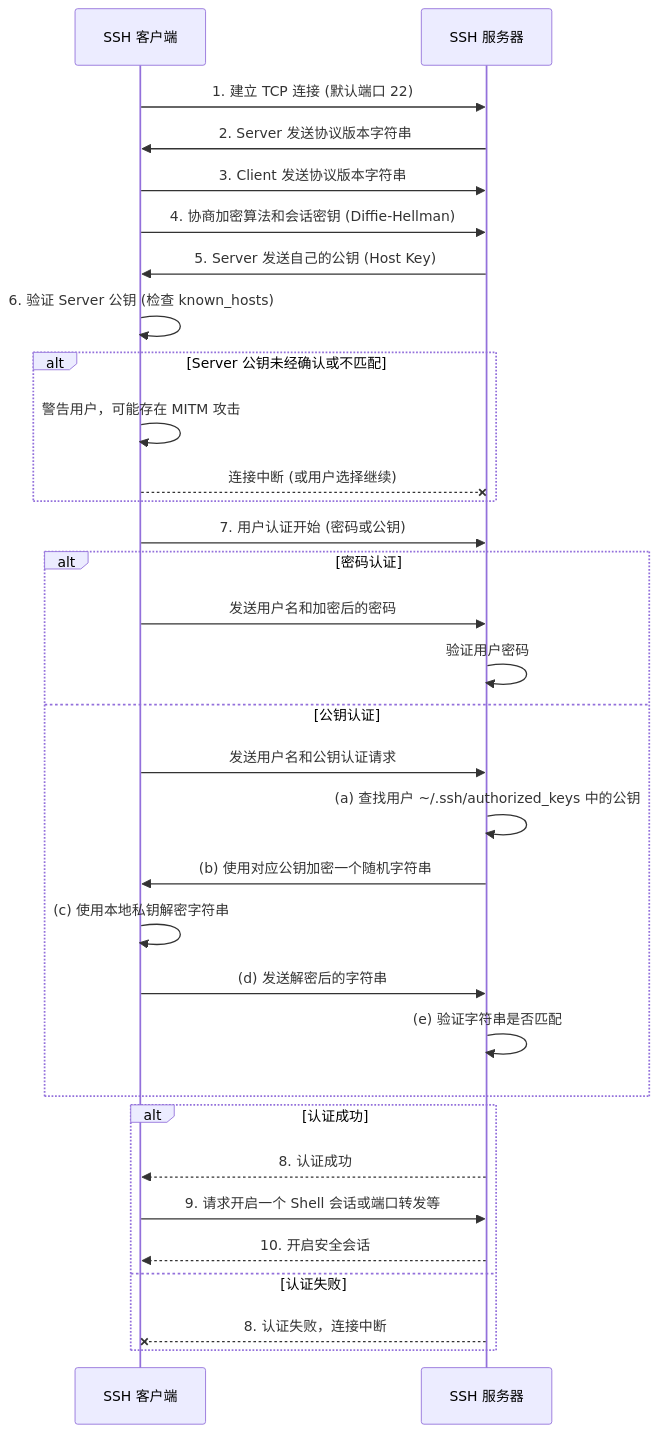
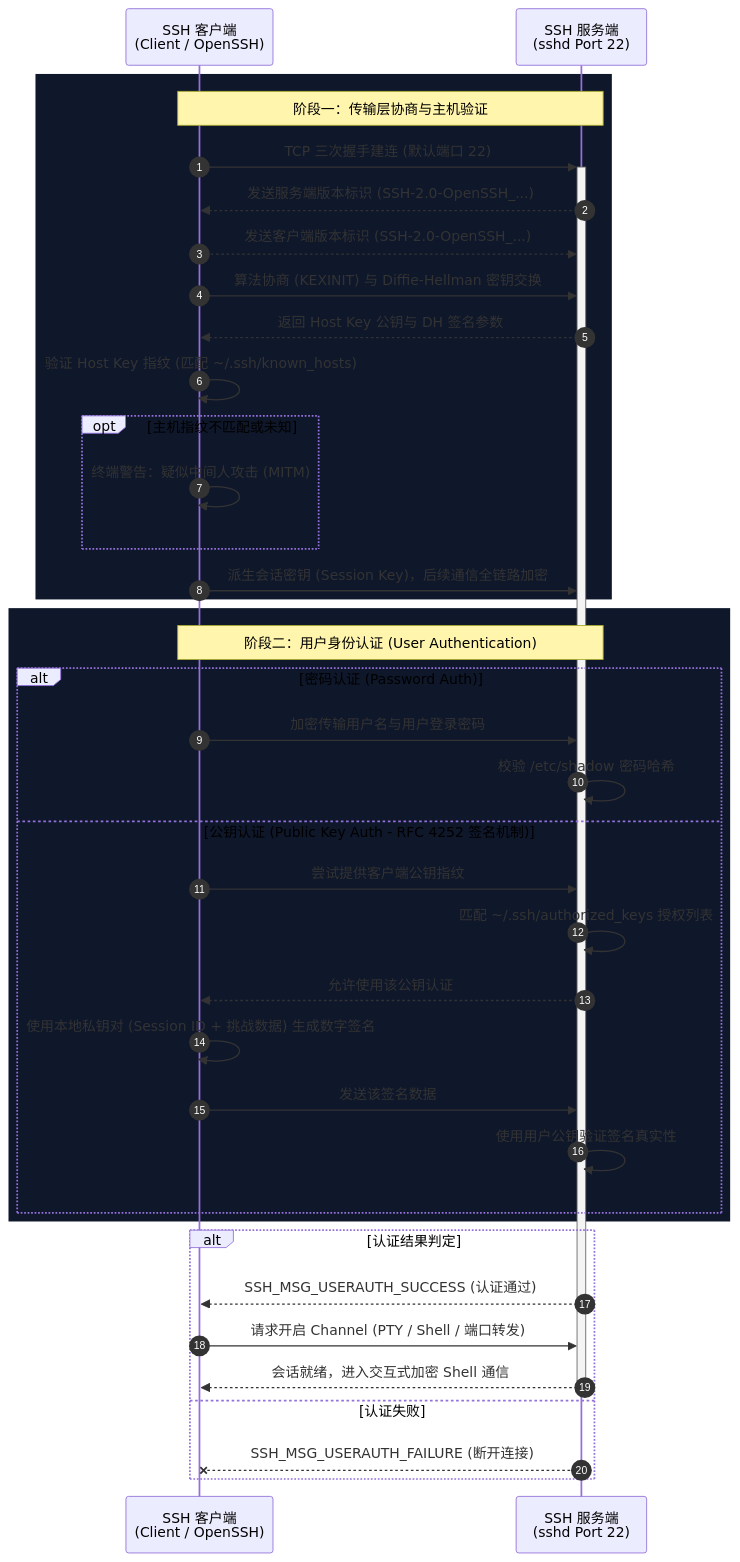
Before and after one commit to teatang/t-blog: the diagram in source/_posts/2023/2023-04-07_SSH (Secure Shell) 协议详解.md, drawn with Mermaid. The commit also changed 26 other files, not shown here.

```diff
--- a/source/_posts/2023/2023-04-07_SSH (Secure Shell) 协议详解.md
+++ b/source/_posts/2023/2023-04-07_SSH (Secure Shell) 协议详解.md
@@ -99,35 +99,45 @@
 {% mermaid %}
 sequenceDiagram
-    participant Client as SSH 客户端
-    participant Server as SSH 服务器
+    autonumber
+    participant Client as SSH 客户端<br/>(Client / OpenSSH)
+    participant Server as SSH 服务端<br/>(sshd Port 22)
 
-    Client->>Server: 1. 建立 TCP 连接 (默认端口 22)
-    Server->>Client: 2. Server 发送协议版本字符串
-    Client->>Server: 3. Client 发送协议版本字符串
-    Client->>Server: 4. 协商加密算法和会话密钥 (Diffie-Hellman)
-    Server->>Client: 5. Server 发送自己的公钥 (Host Key)
-    Client->>Client: 6. 验证 Server 公钥 (检查 known_hosts)
-    alt Server 公钥未经确认或不匹配
-        Client->>Client: 警告用户，可能存在 MITM 攻击
-        Client--xServer: 连接中断 (或用户选择继续)
+    rect rgb(15, 23, 42)
+        Note over Client,Server: 阶段一：传输层协商与主机验证
+        Client->>+Server: TCP 三次握手建连 (默认端口 22)
+        Server-->>Client: 发送服务端版本标识 (SSH-2.0-OpenSSH_...)
+        Client-->>Server: 发送客户端版本标识 (SSH-2.0-OpenSSH_...)
+        
+        Client->>Server: 算法协商 (KEXINIT) 与 Diffie-Hellman 密钥交换
+        Server-->>Client: 返回 Host Key 公钥与 DH 签名参数
+        
+        Client->>Client: 验证 Host Key 指纹 (匹配 ~/.ssh/known_hosts)
+        opt 主机指纹不匹配或未知
+            Client->>Client: 终端警告：疑似中间人攻击 (MITM)
+        end
+        Client->>Server: 派生会话密钥 (Session Key)，后续通信全链路加密
     end
-    Client->>Server: 7. 用户认证开始 (密码或公钥)
-    alt 密码认证
-        Client->>Server: 发送用户名和加密后的密码
-        Server->>Server: 验证用户密码
-    else 公钥认证
-        Client->>Server: 发送用户名和公钥认证请求
-        Server->>Server: (a) 查找用户 ~/.ssh/authorized_keys 中的公钥
-        Server->>Client: (b) 使用对应公钥加密一个随机字符串
-        Client->>Client: (c) 使用本地私钥解密字符串
-        Client->>Server: (d) 发送解密后的字符串
-        Server->>Server: (e) 验证字符串是否匹配
+
+    rect rgb(15, 23, 42)
+        Note over Client,Server: 阶段二：用户身份认证 (User Authentication)
+        alt 密码认证 (Password Auth)
+            Client->>Server: 加密传输用户名与用户登录密码
+            Server->>Server: 校验 /etc/shadow 密码哈希
+        else 公钥认证 (Public Key Auth - RFC 4252 签名机制)
+            Client->>Server: 尝试提供客户端公钥指纹
+            Server->>Server: 匹配 ~/.ssh/authorized_keys 授权列表
+            Server-->>Client: 允许使用该公钥认证
+            Client->>Client: 使用本地私钥对 (Session ID + 挑战数据) 生成数字签名
+            Client->>Server: 发送该签名数据
+            Server->>Server: 使用用户公钥验证签名真实性
+        end
     end
-    alt 认证成功
-        Server-->>Client: 8. 认证成功
-        Client->>Server: 9. 请求开启一个 Shell 会话或端口转发等
-        Server-->>Client: 10. 开启安全会话
+
+    alt 认证结果判定
+        Server-->>Client: SSH_MSG_USERAUTH_SUCCESS (认证通过)
+        Client->>Server: 请求开启 Channel (PTY / Shell / 端口转发)
+        Server-->>-Client: 会话就绪，进入交互式加密 Shell 通信
     else 认证失败
-        Server--xClient: 8. 认证失败，连接中断
+        Server--xClient: SSH_MSG_USERAUTH_FAILURE (断开连接)
     end
 {% endmermaid %}
```
